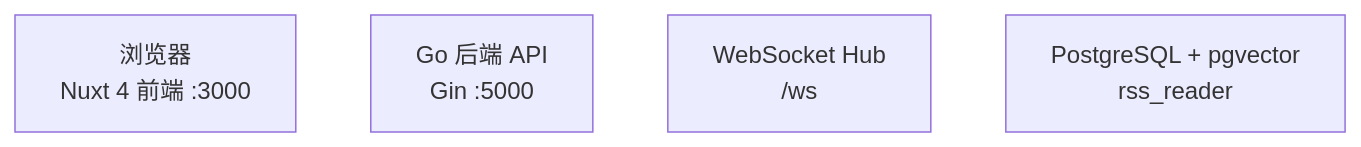
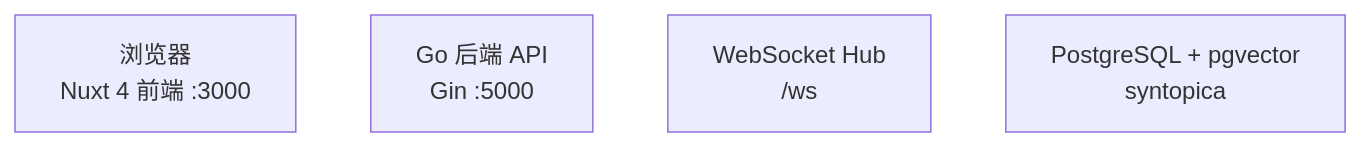
The diagram in docs/reference/architecture/overview.md (ZanebonoAlter/Syntopica), drawn with Mermaid before and after one commit. The commit also changed other lines of this file and 172 other files, not shown here.

````diff
--- a/docs/reference/architecture/overview.md
+++ b/docs/reference/architecture/overview.md
@@ -27,7 +27,7 @@
 ```mermaid
 graph TD
     Browser["浏览器<br/>Nuxt 4 前端 :3000"]
     API["Go 后端 API<br/>Gin :5000"]
     WS["WebSocket Hub<br/>/ws"]
-    PostgreSQL["PostgreSQL + pgvector<br/>rss_reader"]
+    PostgreSQL["PostgreSQL + pgvector<br/>syntopica"]
 ```
````
